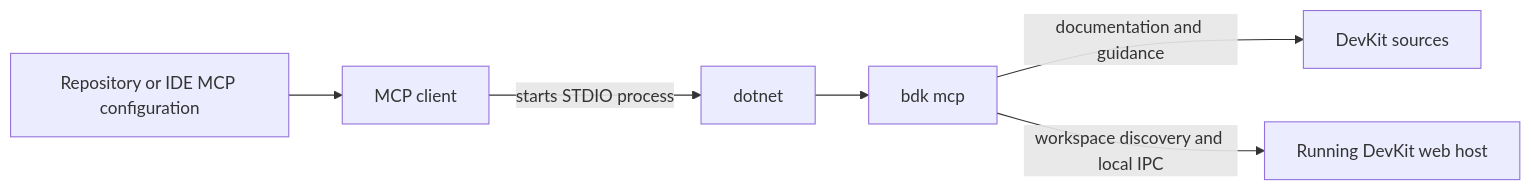
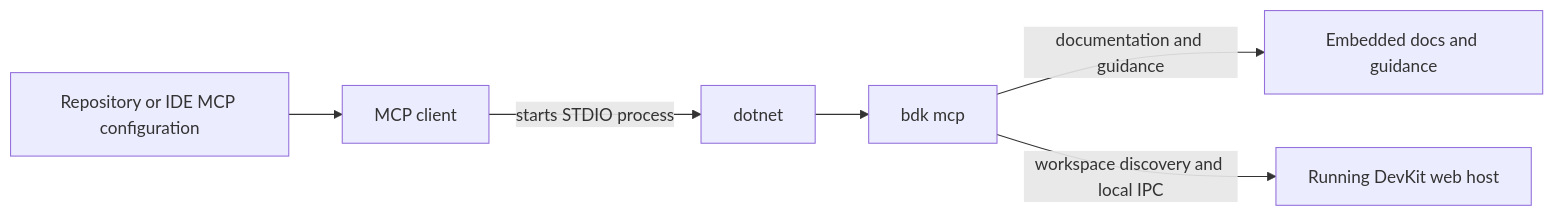
Before and after one commit to BridgingIT-GmbH/bITdevKit: the diagram in docs/features-cli-mcp-clients.md, drawn with Mermaid. The commit also changed other lines of this file and 30 other files, not shown here.

````diff
--- a/docs/features-cli-mcp-clients.md
+++ b/docs/features-cli-mcp-clients.md
@@ -29,8 +29,8 @@
 ```mermaid
 flowchart LR
     Config[Repository or IDE MCP configuration] --> Client[MCP client]
     Client -->|starts STDIO process| Dotnet[dotnet]
     Dotnet --> CLI[bdk mcp]
-    CLI -->|documentation and guidance| Sources[DevKit sources]
+    CLI -->|documentation and guidance| Sources[Embedded docs and guidance]
     CLI -->|workspace discovery and local IPC| Host[Running DevKit web host]
 ```
````
